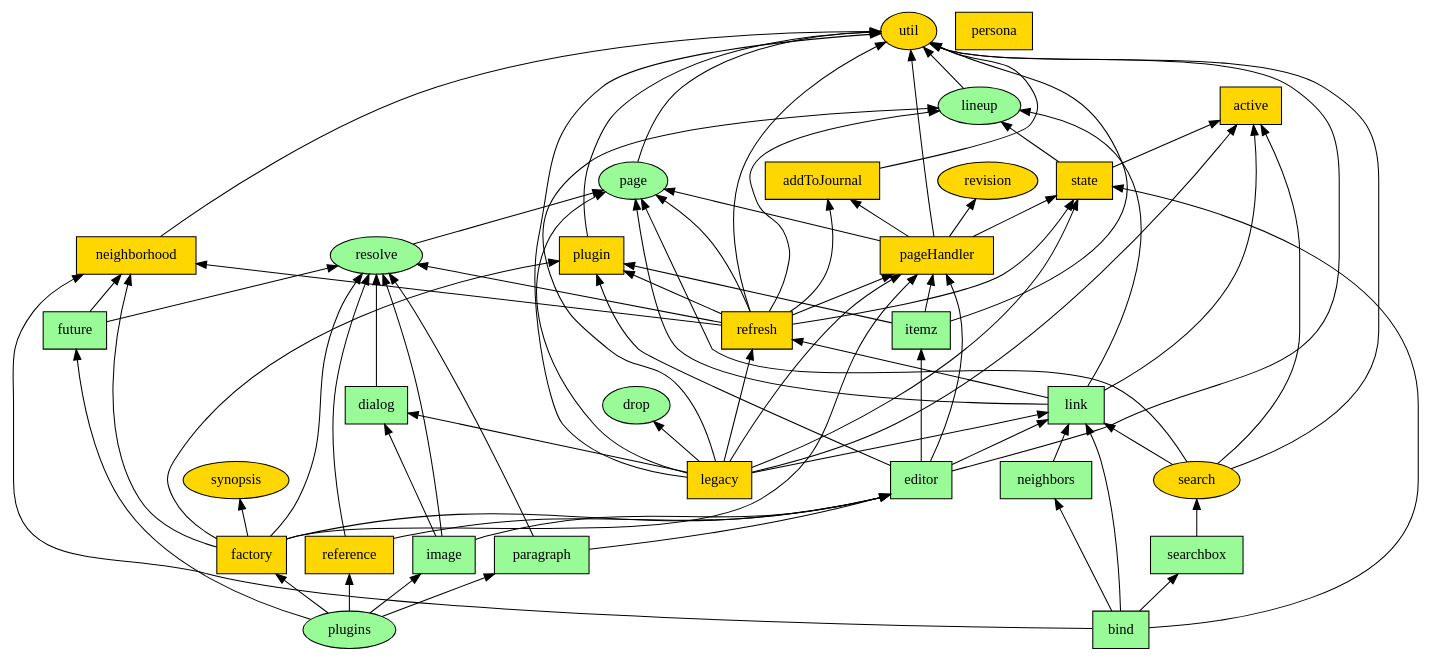
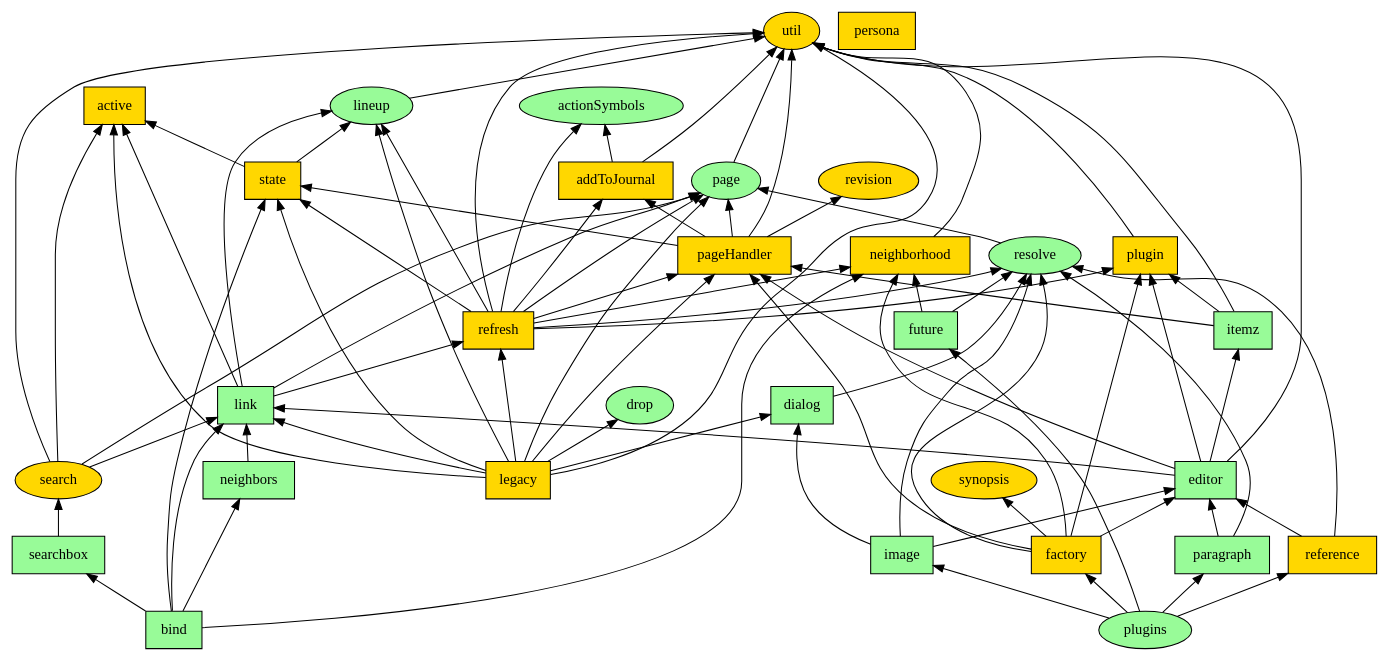
Before and after one commit to fedwiki/wiki-client: the diagram in scripts/requires-graph.dot, drawn with Graphviz. The commit also changed 5 other files, not shown here.

Commit message:
extract actionSymbols from util

```diff
--- a/scripts/requires-graph.dot
+++ b/scripts/requires-graph.dot
@@ -1,159 +1,163 @@
 digraph { node [style=filled];
+
+actionSymbols [fillcolor=paleGreen];
 
 active [fillcolor=gold];
 active [shape=box];
 
 addToJournal [fillcolor=gold];
 util -> addToJournal [dir=back];
+actionSymbols -> addToJournal [dir=back];
 addToJournal [shape=box];
 
 bind [fillcolor=paleGreen];
 neighborhood -> bind [dir=back];
 neighbors -> bind [dir=back];
 searchbox -> bind [dir=back];
 state -> bind [dir=back];
 link -> bind [dir=back];
 bind [shape=box];
 
 dialog [fillcolor=paleGreen];
 resolve -> dialog [dir=back];
 dialog [shape=box];
 
 drop [fillcolor=paleGreen];
 
 editor [fillcolor=paleGreen];
 plugin -> editor [dir=back];
 itemz -> editor [dir=back];
 util -> editor [dir=back];
 pageHandler -> editor [dir=back];
 link -> editor [dir=back];
 editor [shape=box];
 
 factory [fillcolor=gold];
 neighborhood -> factory [dir=back];
 plugin -> factory [dir=back];
 resolve -> factory [dir=back];
 pageHandler -> factory [dir=back];
 editor -> factory [dir=back];
 synopsis -> factory [dir=back];
 factory [shape=box];
 
 future [fillcolor=paleGreen];
 resolve -> future [dir=back];
 neighborhood -> future [dir=back];
 future [shape=box];
 
 image [fillcolor=paleGreen];
 dialog -> image [dir=back];
 editor -> image [dir=back];
 resolve -> image [dir=back];
 image [shape=box];
 
 itemz [fillcolor=paleGreen];
 pageHandler -> itemz [dir=back];
 util -> itemz [dir=back];
 plugin -> itemz [dir=back];
 itemz [shape=box];
 
 legacy [fillcolor=gold];
 util -> legacy [dir=back];
 pageHandler -> legacy [dir=back];
 state -> legacy [dir=back];
 active -> legacy [dir=back];
 refresh -> legacy [dir=back];
 lineup -> legacy [dir=back];
 drop -> legacy [dir=back];
 dialog -> legacy [dir=back];
 link -> legacy [dir=back];
 page -> legacy [dir=back];
 legacy [shape=box];
 
 lineup [fillcolor=paleGreen];
 util -> lineup [dir=back];
 
 link [fillcolor=paleGreen];
 lineup -> link [dir=back];
 active -> link [dir=back];
 refresh -> link [dir=back];
 page -> link [dir=back];
 link [shape=box];
 
 neighborhood [fillcolor=gold];
 util -> neighborhood [dir=back];
 neighborhood [shape=box];
 
 neighbors [fillcolor=paleGreen];
 link -> neighbors [dir=back];
 neighbors [shape=box];
 
 page [fillcolor=paleGreen];
 util -> page [dir=back];
 
 pageHandler [fillcolor=gold];
 util -> pageHandler [dir=back];
 state -> pageHandler [dir=back];
 revision -> pageHandler [dir=back];
 addToJournal -> pageHandler [dir=back];
 page -> pageHandler [dir=back];
 pageHandler [shape=box];
 
 paragraph [fillcolor=paleGreen];
 editor -> paragraph [dir=back];
 resolve -> paragraph [dir=back];
 paragraph [shape=box];
 
 persona [fillcolor=gold];
 persona [shape=box];
 
 plugin [fillcolor=gold];
 util -> plugin [dir=back];
 plugin [shape=box];
 
 plugins [fillcolor=paleGreen];
 reference -> plugins [dir=back];
 factory -> plugins [dir=back];
 paragraph -> plugins [dir=back];
 image -> plugins [dir=back];
 future -> plugins [dir=back];
 
 reference [fillcolor=gold];
 editor -> reference [dir=back];
 resolve -> reference [dir=back];
 reference [shape=box];
 
 refresh [fillcolor=gold];
 util -> refresh [dir=back];
 pageHandler -> refresh [dir=back];
 plugin -> refresh [dir=back];
 state -> refresh [dir=back];
 neighborhood -> refresh [dir=back];
 addToJournal -> refresh [dir=back];
+actionSymbols -> refresh [dir=back];
 lineup -> refresh [dir=back];
 resolve -> refresh [dir=back];
 page -> refresh [dir=back];
 refresh [shape=box];
 
 resolve [fillcolor=paleGreen];
 page -> resolve [dir=back];
 
 revision [fillcolor=gold];
 
 search [fillcolor=gold];
 link -> search [dir=back];
 util -> search [dir=back];
 active -> search [dir=back];
 page -> search [dir=back];
 
 searchbox [fillcolor=paleGreen];
 search -> searchbox [dir=back];
 searchbox [shape=box];
 
 state [fillcolor=gold];
 active -> state [dir=back];
 lineup -> state [dir=back];
 state [shape=box];
 
 synopsis [fillcolor=gold];
 
 util [fillcolor=gold];
 }
```
